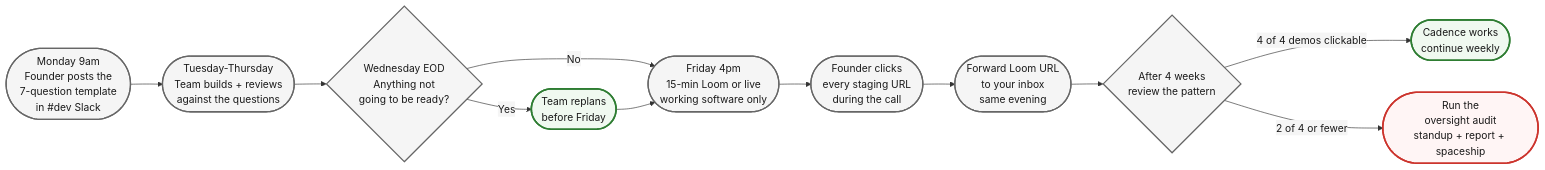
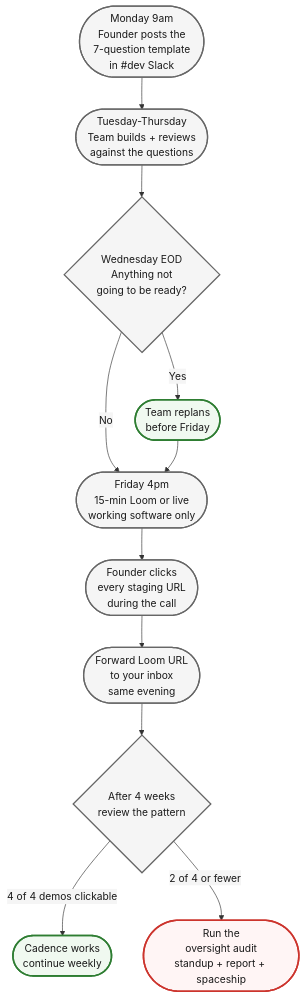
The diagram in content/course/tech-for-non-technical-founders-2026/friday-demo-rule-founder-progress/index.md (jetthoughts/jetthoughts.github.io), drawn with Mermaid before and after one commit. The commit also changed other lines of this file and 25 other files, not shown here.

````diff
--- a/content/course/tech-for-non-technical-founders-2026/friday-demo-rule-founder-progress/index.md
+++ b/content/course/tech-for-non-technical-founders-2026/friday-demo-rule-founder-progress/index.md
@@ -86,25 +86,25 @@
 ```mermaid
 
 %%{init: {'theme':'base', 'themeVariables': {'fontFamily':'Caveat, Patrick Hand, cursive', 'primaryColor':'#f5f5f5', 'primaryBorderColor':'#666', 'lineColor':'#333', 'primaryTextColor':'#1a1a1a'}}}%%
 
-flowchart LR
+flowchart TD
 
     Mon([Monday 9am<br/>Founder posts the<br/>7-question template<br/>in #dev Slack]) --> Tue([Tuesday-Thursday<br/>Team builds + reviews<br/>against the questions])
     Tue --> Wed{Wednesday EOD<br/>Anything not<br/>going to be ready?}
     Wed -->|Yes| Replan([Team replans<br/>before Friday])
     Wed -->|No| Fri([Friday 4pm<br/>15-min Loom or live<br/>working software only])
     Replan --> Fri
     Fri --> Click([Founder clicks<br/>every staging URL<br/>during the call])
     Click --> Forward([Forward Loom URL<br/>to your inbox<br/>same evening])
     Forward --> Score{After 4 weeks<br/>review the pattern}
     Score -->|4 of 4 demos clickable| Healthy([Cadence works<br/>continue weekly])
     Score -->|2 of 4 or fewer| Investigate([Run the<br/>oversight audit<br/>standup + report + spaceship])
     classDef good fill:#f0f9f0,stroke:#2e7d32,stroke-width:2.5px,color:#1a1a1a
     classDef bad  fill:#fff5f5,stroke:#cc342d,stroke-width:2.5px,color:#1a1a1a
     classDef neutral fill:#f5f5f5,stroke:#666,stroke-width:2px,color:#1a1a1a
     class Mon,Tue,Fri,Click,Forward neutral
     class Wed,Score neutral
     class Replan,Healthy good
     class Investigate bad
 
 ```
````
